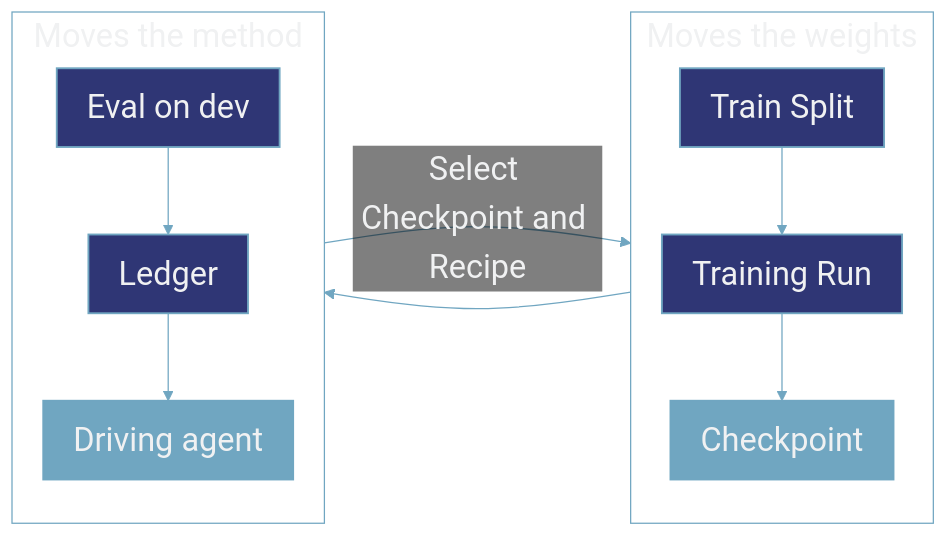
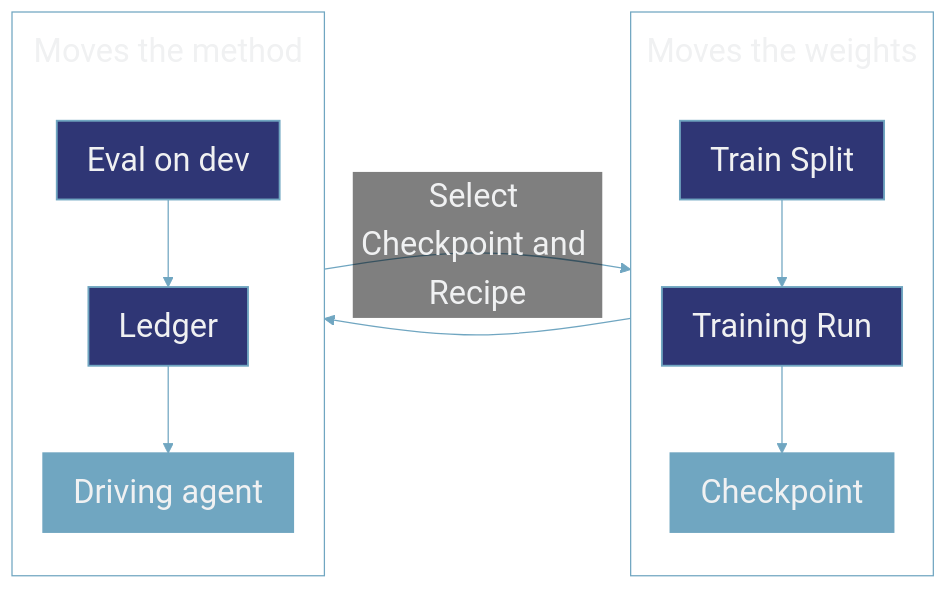
Before and after one commit to Monte-Inc/internal-monte-platform-docs: the first of 2 diagrams in concepts/improvement.mdx, drawn with Mermaid. The commit also changed 1 other file, not shown here.

Commit message:
Diagrams centre in the column, and the subgraph titles get their gap
subGraphTitleMargin is the setting that governs the space between a
subgraph's title and its first node, and it was at 10. It is a vertical
margin, so unlike padding it buys that gap without widening the SVG and
shrinking every label again.

A mermaid SVG narrower than the content column sits flush left, which is
why the checkpoint tree looked off next to the prose. Centred in
style.css, so a diagram that already fills the width is untouched.

````diff
--- a/concepts/improvement.mdx
+++ b/concepts/improvement.mdx
@@ -11,18 +11,18 @@
 ```mermaid actions={false}
-%%{init: {'theme': 'base', 'themeVariables': {'primaryColor': '#315594', 'primaryTextColor': '#F0F1F2', 'primaryBorderColor': '#315594', 'lineColor': '#70A6C1', 'textColor': '#17181B', 'clusterBkg': 'transparent', 'clusterBorder': '#70A6C1', 'edgeLabelBackground': 'transparent', 'tertiaryColor': '#315594', 'tertiaryTextColor': '#F0F1F2', 'tertiaryBorderColor': '#315594', 'fontSize': '26px'}, 'flowchart': {'subGraphTitleMargin': {'top': 0, 'bottom': 10}, 'rankSpacing': 45, 'nodeSpacing': 30, 'padding': 12}}}%%
+%%{init: {'theme': 'base', 'themeVariables': {'primaryColor': '#315594', 'primaryTextColor': '#F0F1F2', 'primaryBorderColor': '#315594', 'lineColor': '#70A6C1', 'textColor': '#17181B', 'clusterBkg': 'transparent', 'clusterBorder': '#70A6C1', 'edgeLabelBackground': 'transparent', 'tertiaryColor': '#315594', 'tertiaryTextColor': '#F0F1F2', 'tertiaryBorderColor': '#315594', 'fontSize': '26px'}, 'flowchart': {'subGraphTitleMargin': {'top': 12, 'bottom': 40}, 'rankSpacing': 45, 'nodeSpacing': 30, 'padding': 12}}}%%
 flowchart LR
     subgraph INNER["Moves the weights"]
         direction TB
         TRAIN["Train Split"]:::entry --> RUN["Training Run"]:::score --> CKPT["Checkpoint"]:::model
     end
     subgraph OUTER["Moves the method"]
         direction TB
         EVAL["Eval on dev"]:::score --> LEDGER["Ledger"]:::entry --> AGENT["Driving agent"]:::model
     end
     CKPT --> EVAL
     AGENT -->|"Select Checkpoint and Recipe"| RUN
 
     classDef entry fill:#2F3675,stroke:#70A6C1,stroke-width:1.5px,color:#F0F1F2;
     classDef model fill:#70A6C1,stroke:#70A6C1,stroke-width:1.5px,color:#F0F1F2;
     classDef score fill:#2F3675,stroke:#70A6C1,stroke-width:1.5px,color:#F0F1F2;
 ```
````
